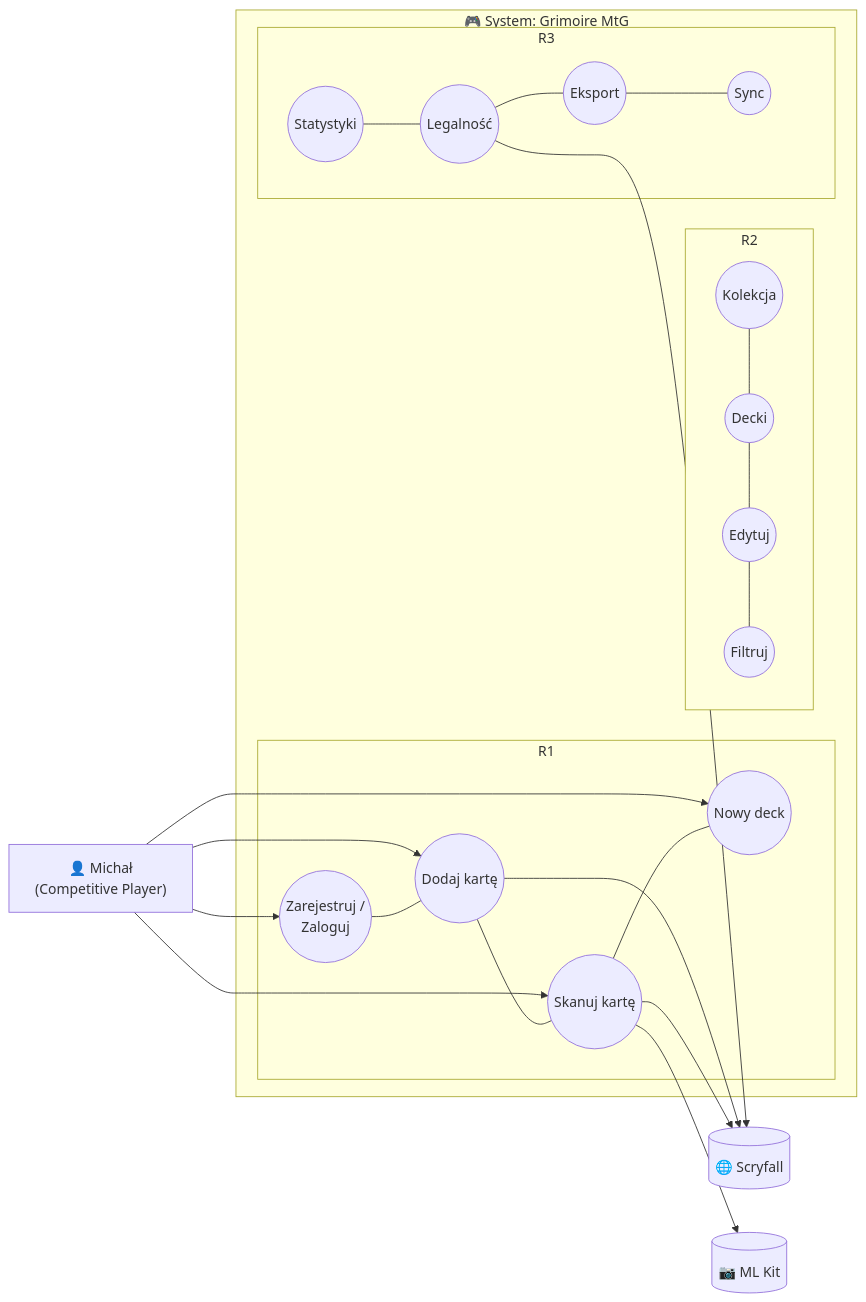
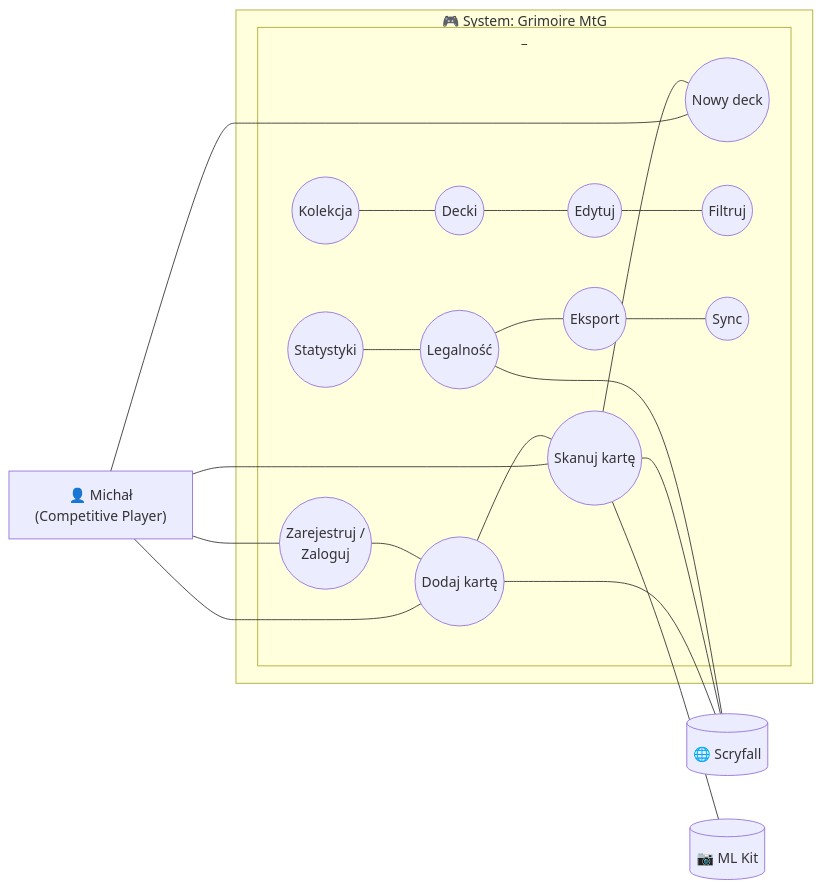
Before and after one commit to IO-2026-Pryncypalki/Grimoire_MTG: the first of 3 diagrams in docs/zadanie3/przypadki_uml.md, drawn with Mermaid. The commit also changed other lines of this file, not shown here.

````diff
--- a/docs/zadanie3/przypadki_uml.md
+++ b/docs/zadanie3/przypadki_uml.md
@@ -5,51 +5,51 @@
 ```mermaid
 graph LR
     Michal["👤 Michał\n(Competitive Player)"]
 
     subgraph Grimoire["🎮 System: Grimoire MtG"]
 
         %% RZĄD 1
-        subgraph R1
+        subgraph _
             UC01(("Zarejestruj /\nZaloguj"))
             UC02(("Dodaj kartę"))
             UC03(("Skanuj kartę"))
             UC04(("Nowy deck"))
         end
 
         %% RZĄD 2
-        subgraph R2
+        subgraph _
             UC05(("Kolekcja"))
             UC06(("Decki"))
             UC07(("Edytuj"))
             UC08(("Filtruj"))
         end
 
         %% RZĄD 3
-        subgraph R3
+        subgraph _
             UC09(("Statystyki"))
             UC10(("Legalność"))
             UC11(("Eksport"))
             UC12(("Sync"))
         end
     end
 
     Scryfall[("🌐 Scryfall")]
     MLKit[("📷 ML Kit")]
 
     %% Aktor → pierwszy rząd (mniej linii!)
-    Michal --> UC01
-    Michal --> UC02
-    Michal --> UC03
-    Michal --> UC04
+    Michal --- UC01
+    Michal --- UC02
+    Michal --- UC03
+    Michal --- UC04
 
     %% poziomy układ (hack)
     UC01 --- UC02 --- UC03 --- UC04
     UC05 --- UC06 --- UC07 --- UC08
     UC09 --- UC10 --- UC11 --- UC12
 
     %% logika
-    UC02 --> Scryfall
-    UC03 --> MLKit
-    UC03 --> Scryfall
-    UC10 --> Scryfall
+    UC02 --- Scryfall
+    UC03 --- MLKit
+    UC03 --- Scryfall
+    UC10 --- Scryfall
 ```
````
